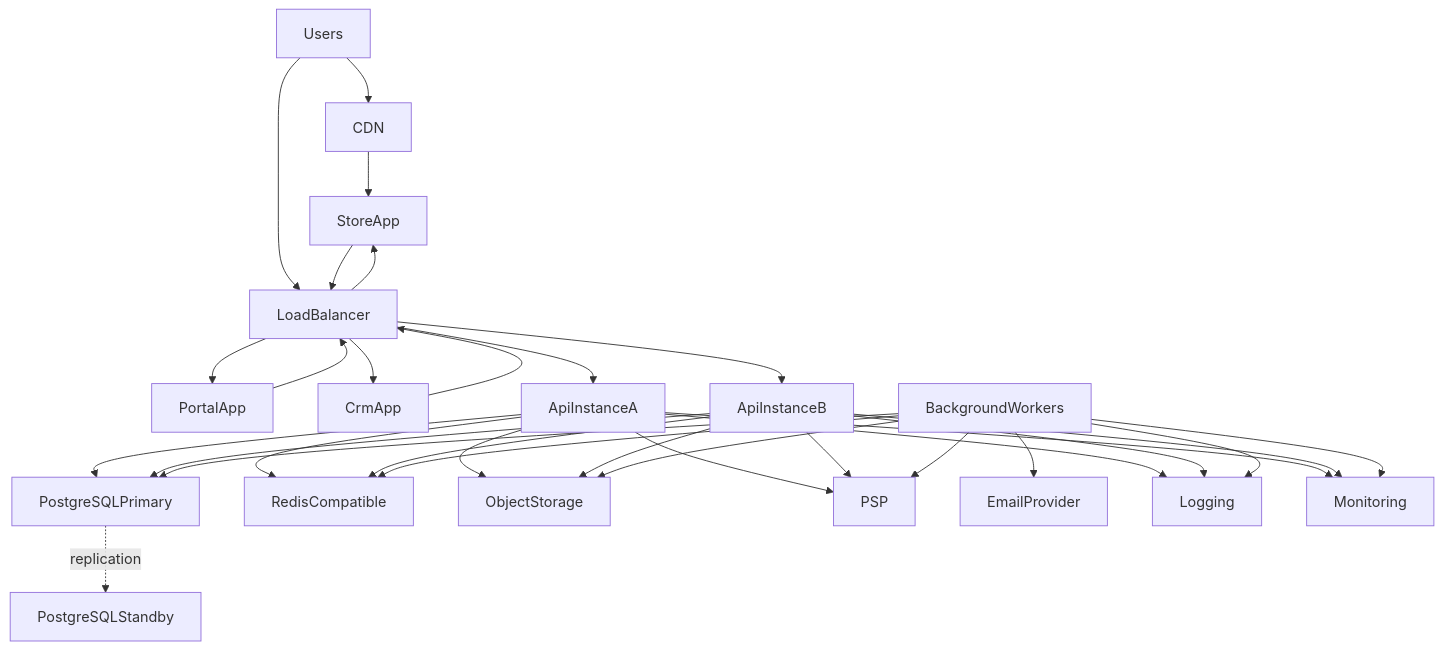
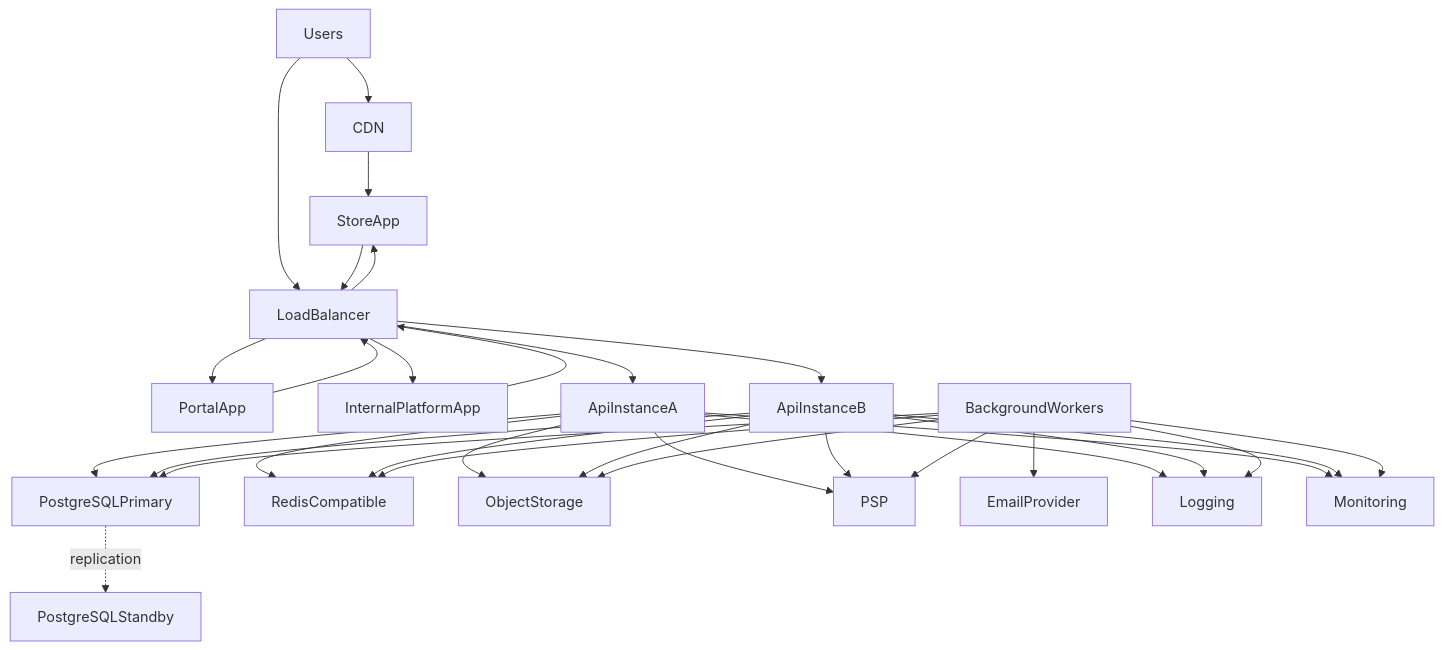
Diagram 14 of 14 in docs/05-system-architecture.md (theabhissengar/clinexa-platform), drawn with Mermaid before and after one commit. The commit also changed other lines of this file and 22 other files, not shown here.

Commit message:
Document Clinexa ecosystem and Internal Platform (CRM + Guardian).

````diff
--- a/docs/05-system-architecture.md
+++ b/docs/05-system-architecture.md
@@ -1079,52 +1220,52 @@
 ```mermaid
 flowchart TD
   users[Users]
   cdn[CDN]
   lb[LoadBalancer]
   storeApp[StoreApp]
   portalApp[PortalApp]
-  crmApp[CrmApp]
+  crmApp[InternalPlatformApp]
   apiA[ApiInstanceA]
   apiB[ApiInstanceB]
   workers[BackgroundWorkers]
   pgPrimary[PostgreSQLPrimary]
   pgStandby[PostgreSQLStandby]
   redis[RedisCompatible]
   objects[ObjectStorage]
   psp[PSP]
   email[EmailProvider]
   logs[Logging]
   mon[Monitoring]
 
   users --> cdn
   users --> lb
   cdn --> storeApp
   lb --> storeApp
   lb --> portalApp
   lb --> crmApp
   storeApp --> lb
   portalApp --> lb
   crmApp --> lb
   lb --> apiA
   lb --> apiB
   apiA --> pgPrimary
   apiB --> pgPrimary
   apiA --> redis
   apiB --> redis
   apiA --> objects
   apiB --> objects
   apiA --> psp
   apiB --> psp
   workers --> pgPrimary
   workers --> redis
   workers --> objects
   workers --> psp
   workers --> email
   pgPrimary -.->|replication| pgStandby
   apiA --> logs
   apiB --> logs
   workers --> logs
   apiA --> mon
   apiB --> mon
   workers --> mon
 ```
````
